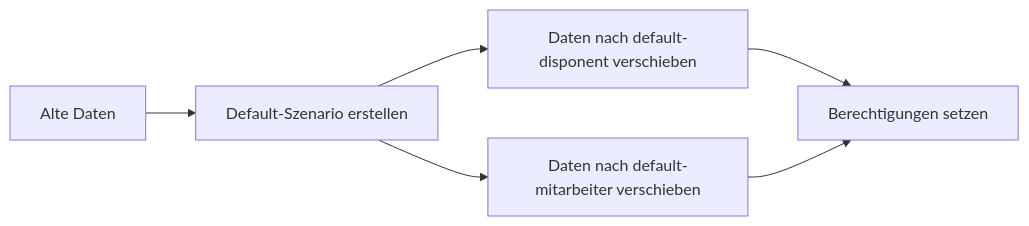
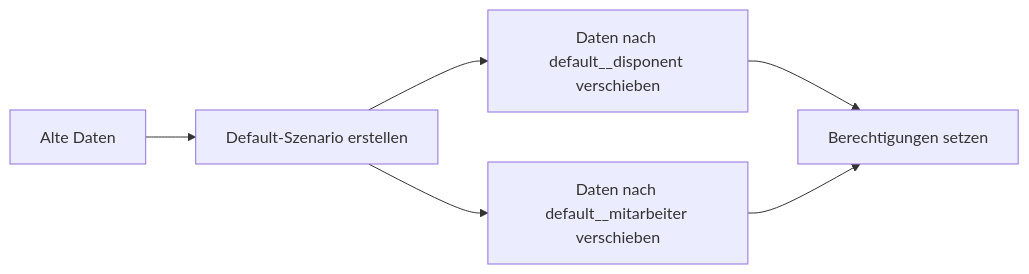
Before and after one commit to bwl21/bwl-dienstplanung: diagram 12 of 12 in docs/planning-scenarios.md, drawn with Mermaid. The commit also changed other lines of this file and 1 other file, not shown here.

````diff
--- a/docs/planning-scenarios.md
+++ b/docs/planning-scenarios.md
@@ -301,8 +309,8 @@
 ```mermaid
 flowchart LR
     A[Alte Daten] --> B[Default-Szenario erstellen]
-    B --> C[Daten nach default-disponent verschieben]
-    B --> D[Daten nach default-mitarbeiter verschieben]
+    B --> C[Daten nach default__disponent verschieben]
+    B --> D[Daten nach default__mitarbeiter verschieben]
     C --> E[Berechtigungen setzen]
     D --> E
 ```
````
